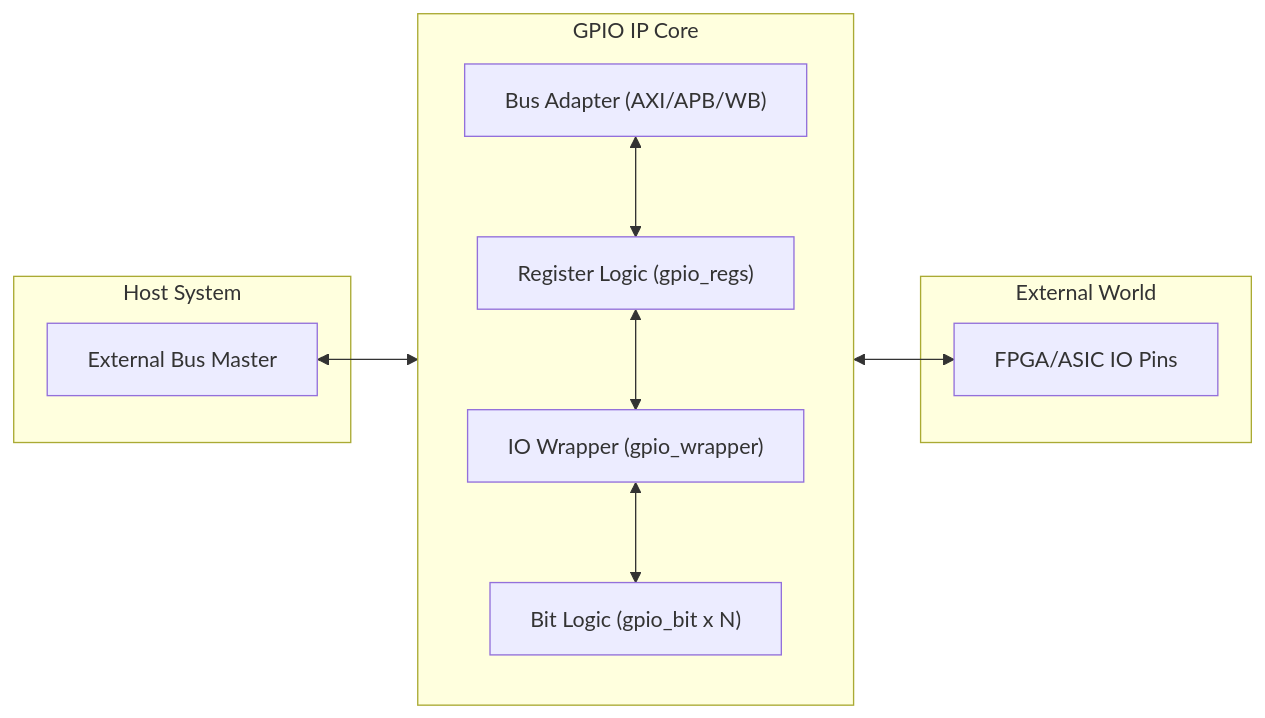
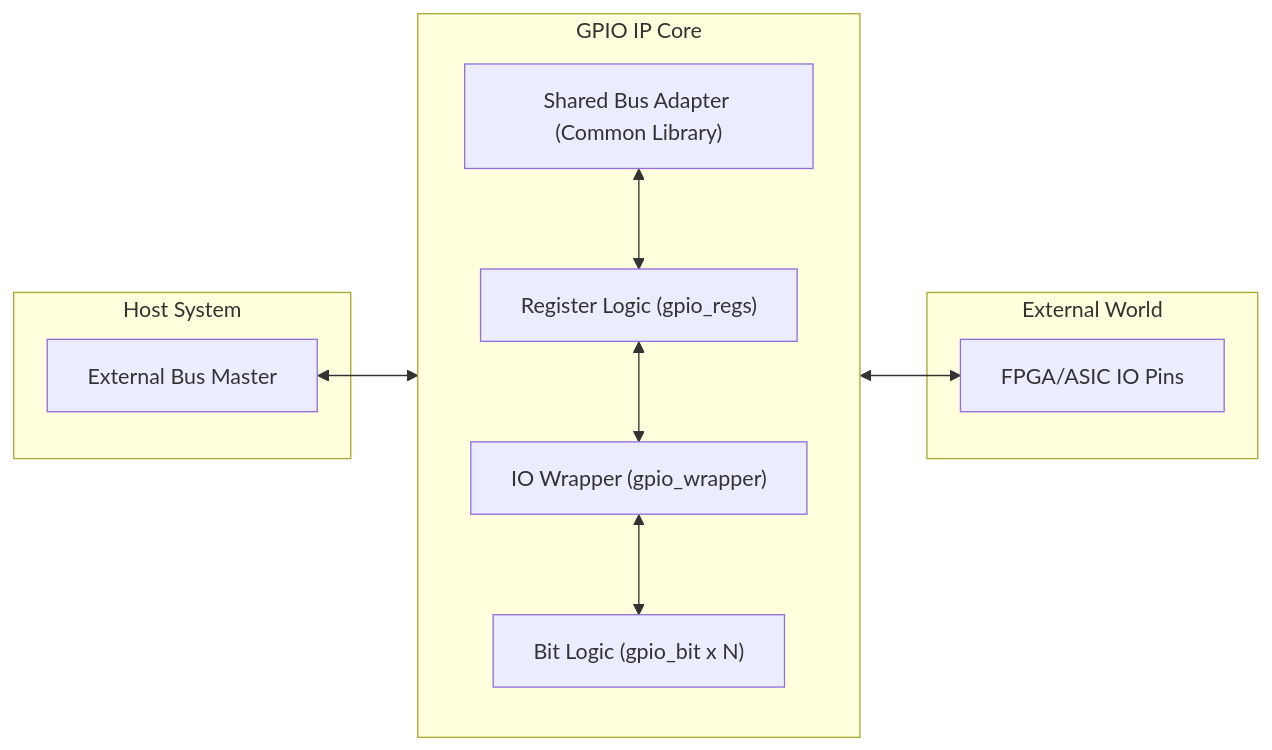
One commit to ptracton/Gemini_IP changed the first of 2 diagrams in IP/interface/GPIO/README.md. Above: the diagram before and after it, drawn with Mermaid. The commit also changed other lines of this file and 771 other files, not shown here.

````diff
--- a/IP/interface/GPIO/README.md
+++ b/IP/interface/GPIO/README.md
@@ -23,24 +24,24 @@
 ```mermaid
 graph LR
     subgraph "Host System"
         A[External Bus Master]
     end
     
     subgraph "GPIO IP Core"
         direction TB
-        B["Bus Adapter (AXI/APB/WB)"]
+        B["Shared Bus Adapter (Common Library)"]
         C["Register Logic (gpio_regs)"]
         D["IO Wrapper (gpio_wrapper)"]
         E["Bit Logic (gpio_bit x N)"]
     end
     
     subgraph "External World"
         F[FPGA/ASIC IO Pins]
     end
     
     A <--> B
     B <--> C
     C <--> D
     D <--> E
     E <--> F
 ```
````
